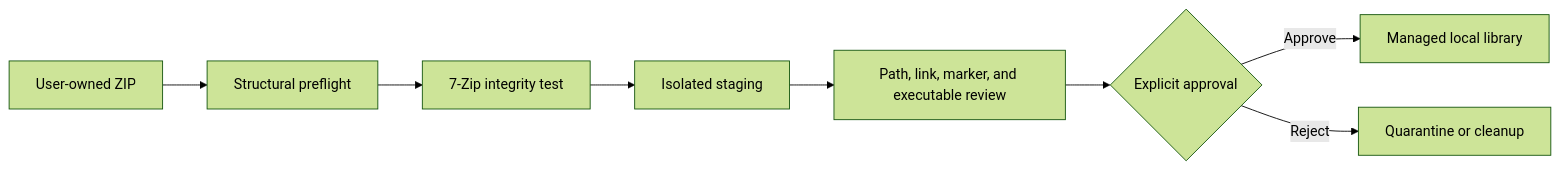
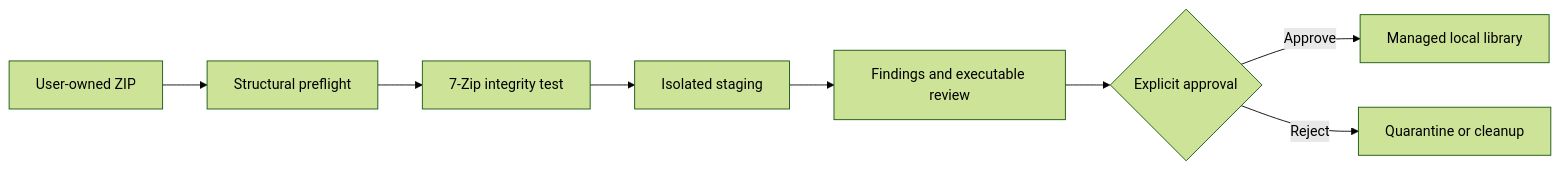
One commit to NouraldinFarge/gamevault changed the first of 2 diagrams in README.md. Above: the diagram before and after it, drawn with Mermaid (forest theme). The commit also changed other lines of this file and 18 other files, not shown here.

````diff
--- a/README.md
+++ b/README.md
@@ -25,10 +54,10 @@
 ```mermaid
 flowchart LR
-    A["User-owned ZIP"] --> B["Structural preflight"]
-    B --> C["7-Zip integrity test"]
-    C --> D["Isolated staging"]
-    D --> E["Path, link, marker, and executable review"]
-    E --> F{"Explicit approval"}
-    F -->|Approve| G["Managed local library"]
-    F -->|Reject| H["Quarantine or cleanup"]
+    ZIP["User-owned ZIP"] --> LIST["Structural preflight"]
+    LIST --> TEST["7-Zip integrity test"]
+    TEST --> STAGE["Isolated staging"]
+    STAGE --> REVIEW["Findings and executable review"]
+    REVIEW --> APPROVE{"Explicit approval"}
+    APPROVE -->|Approve| LIB["Managed local library"]
+    APPROVE -->|Reject| HOLD["Quarantine or cleanup"]
 ```
````
